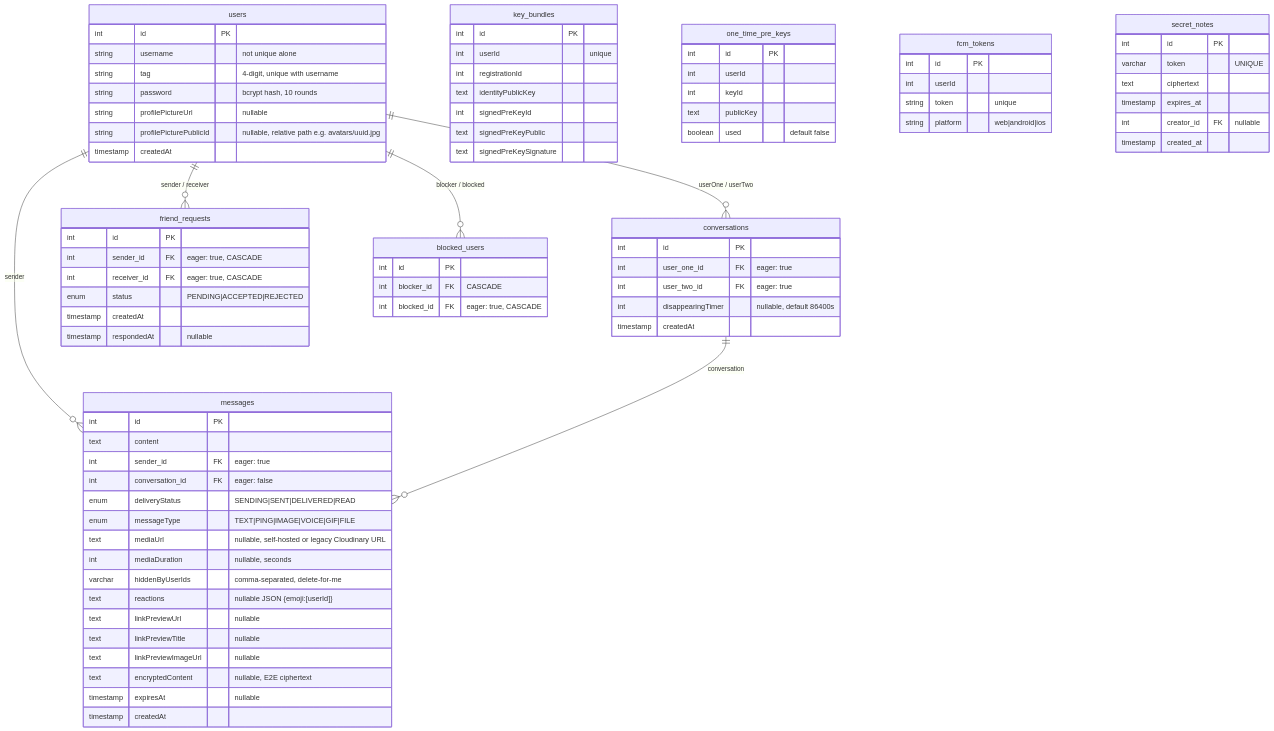
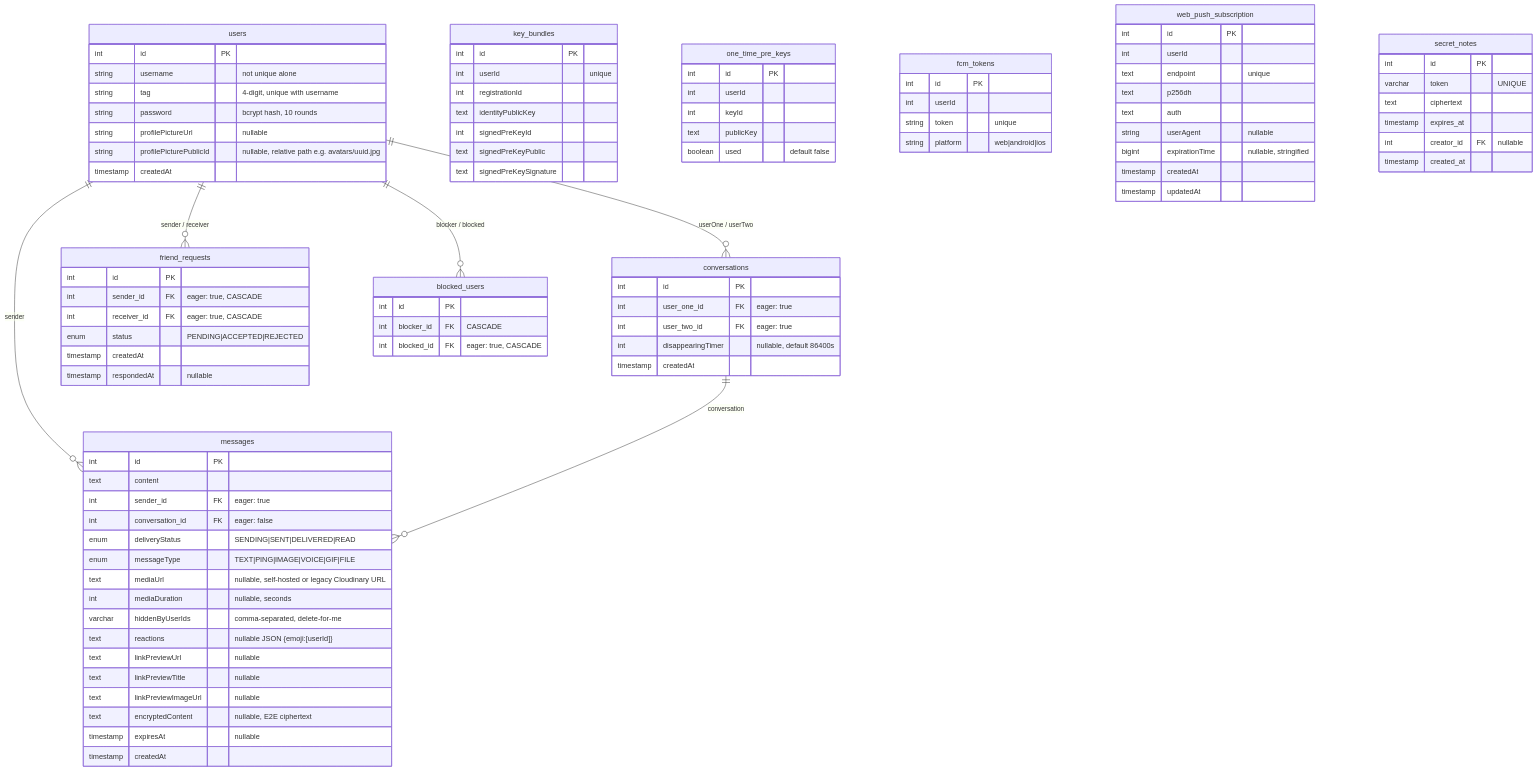
Before and after one commit to Lentach/Fireplace: the second of 2 diagrams in CLAUDE.md, drawn with Mermaid. The commit also changed other lines of this file and 43 other files, not shown here.

First line of the commit message:
feat(push): web push (VAPID) migration with PWA standalone fixes

```diff
--- a/CLAUDE.md
+++ b/CLAUDE.md
@@ -313,6 +321,18 @@
         string platform "web|android|ios"
     }
 
+    web_push_subscription {
+        int id PK
+        int userId
+        text endpoint "unique"
+        text p256dh
+        text auth
+        string userAgent "nullable"
+        bigint expirationTime "nullable, stringified"
+        timestamp createdAt
+        timestamp updatedAt
+    }
+
     secret_notes {
         int id PK
         varchar token "UNIQUE"
```
